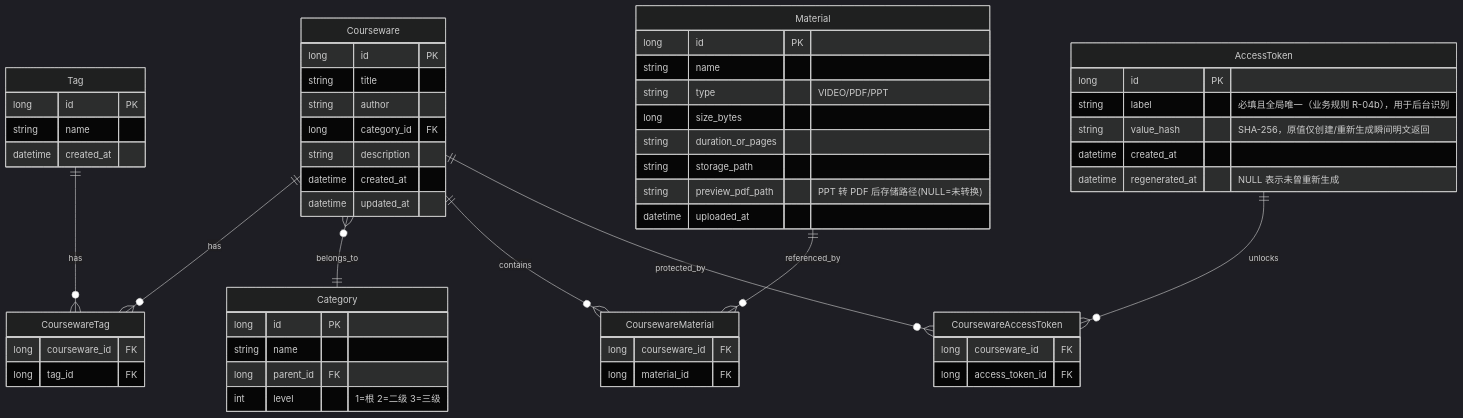
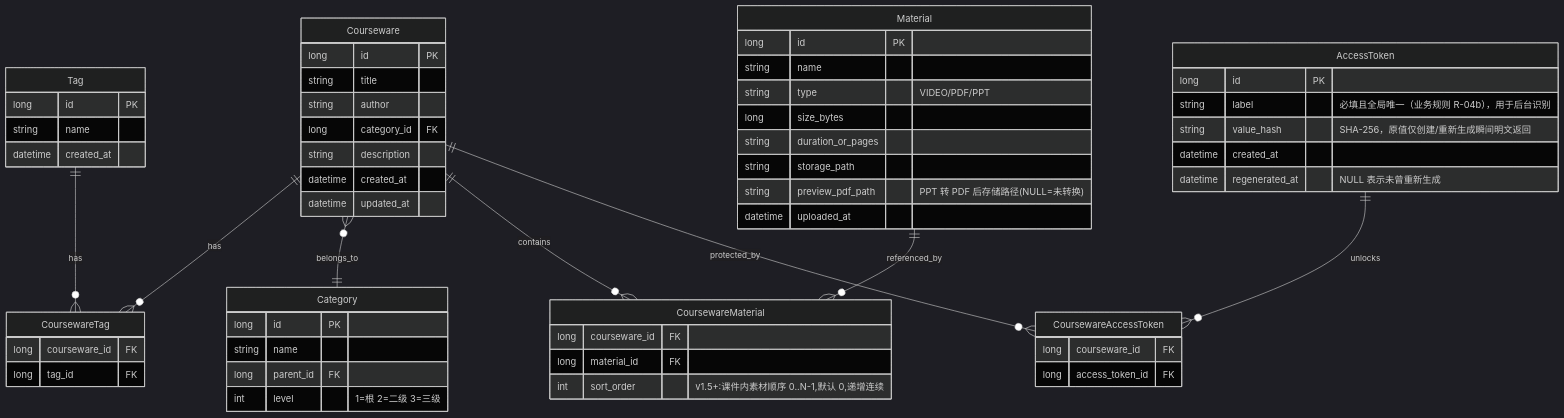
Before and after one commit to leo21cn/ai-learning-hub: the first of 2 diagrams in doc/spec/05-数据模型.md, drawn with Mermaid (dark theme). The commit also changed other lines of this file and 211 other files, not shown here.

````diff
--- a/doc/spec/05-数据模型.md
+++ b/doc/spec/05-数据模型.md
@@ -7,60 +7,61 @@
 ```mermaid
 erDiagram
     Courseware ||--o{ CoursewareTag : has
     Tag ||--o{ CoursewareTag : has
     Courseware }o--|| Category : belongs_to
     Courseware ||--o{ CoursewareMaterial : contains
     Material ||--o{ CoursewareMaterial : referenced_by
     Courseware ||--o{ CoursewareAccessToken : protected_by
     AccessToken ||--o{ CoursewareAccessToken : unlocks
 
     Courseware {
         long id PK
         string title
         string author
         long category_id FK
         string description
         datetime created_at
         datetime updated_at
     }
     Category {
         long id PK
         string name
         long parent_id FK
         int level "1=根 2=二级 3=三级"
     }
     Tag {
         long id PK
         string name
         datetime created_at
     }
     CoursewareTag {
         long courseware_id FK
         long tag_id FK
     }
     Material {
         long id PK
         string name
         string type "VIDEO/PDF/PPT"
         long size_bytes
         string duration_or_pages
         string storage_path
         string preview_pdf_path "PPT 转 PDF 后存储路径(NULL=未转换)"
         datetime uploaded_at
     }
     CoursewareMaterial {
         long courseware_id FK
         long material_id FK
+        int sort_order "v1.5+:课件内素材顺序 0..N-1,默认 0,递增连续"
     }
     AccessToken {
         long id PK
         string label "必填且全局唯一（业务规则 R-04b），用于后台识别"
         string value_hash "SHA-256，原值仅创建/重新生成瞬间明文返回"
         datetime created_at
         datetime regenerated_at "NULL 表示未曾重新生成"
     }
     CoursewareAccessToken {
         long courseware_id FK
         long access_token_id FK
     }
 ```
````
